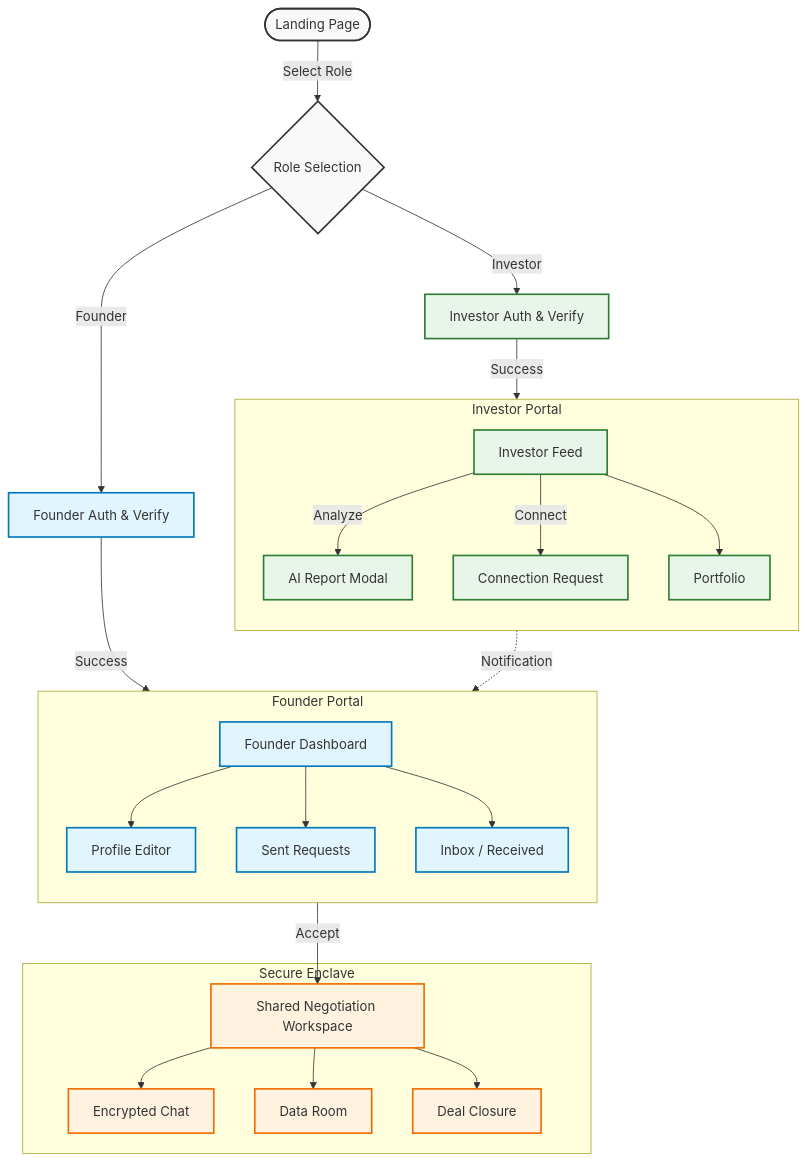
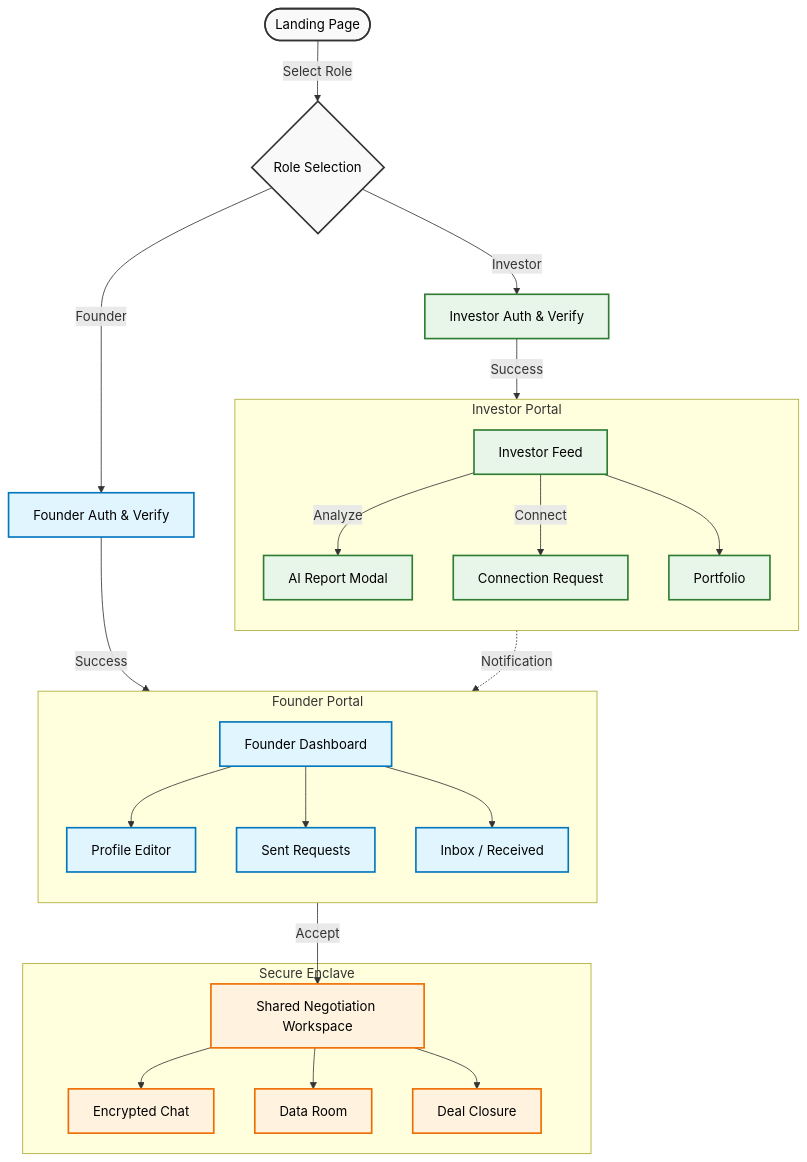
The third of 4 diagrams in README.md (vickyPotheesh2004/FundLink---prod), drawn with Mermaid before and after one commit. The commit also changed other lines of this file and 1 other file, not shown here.

Commit message:
FundLink - Watch & Connect

````diff
--- a/README.md
+++ b/README.md
@@ -272,48 +272,48 @@
 ```mermaid
 graph TD
-    classDef public fill:#f9f9f9,stroke:#333,stroke-width:2px;
-    classDef founder fill:#e1f5fe,stroke:#0277bd,stroke-width:2px;
-    classDef investor fill:#e8f5e9,stroke:#2e7d32,stroke-width:2px;
-    classDef secure fill:#fff3e0,stroke:#ef6c00,stroke-width:2px;
+    classDef public fill:#f9f9f9,stroke:#333,stroke-width:2px,color:#000;
+    classDef founder fill:#e1f5fe,stroke:#0277bd,stroke-width:2px,color:#000;
+    classDef investor fill:#e8f5e9,stroke:#2e7d32,stroke-width:2px,color:#000;
+    classDef secure fill:#fff3e0,stroke:#ef6c00,stroke-width:2px,color:#000;
 
     %% Public
     Landing([Landing Page]) -->|Select Role| Role{Role Selection}
     Role -->|Founder| F_Auth[Founder Auth & Verify]
     Role -->|Investor| I_Auth[Investor Auth & Verify]
     
     %% Founder Flow
     F_Auth -->|Success| F_Dash[Founder Dashboard]
     
     subgraph "Founder Portal"
         direction TB
         F_Dash --> F_Profile[Profile Editor]
         F_Dash --> F_Sent[Sent Requests]
         F_Dash --> F_Inbox[Inbox / Received]
     end
     
     %% Investor Flow
     I_Auth -->|Success| I_Feed[Investor Feed]
     
     subgraph "Investor Portal"
         direction TB
         I_Feed -->|Analyze| I_Modal[AI Report Modal]
         I_Feed -->|Connect| I_Req[Connection Request]
         I_Feed --> I_Port[Portfolio]
     end
     
     %% Interactions
     I_Req -.->|Notification| F_Inbox
     F_Inbox -->|Accept| Workspace
     
     subgraph "Secure Enclave"
         Workspace[Shared Negotiation Workspace]
         Workspace --> Chat[Encrypted Chat]
         Workspace --> Docs[Data Room]
         Workspace --> Deal[Deal Closure]
     end
     
     class Landing,Role public;
     class F_Auth,F_Dash,F_Profile,F_Sent,F_Inbox founder;
     class I_Auth,I_Feed,I_Modal,I_Req,I_Port investor;
     class Workspace,Chat,Docs,Deal secure;
 ```
````
